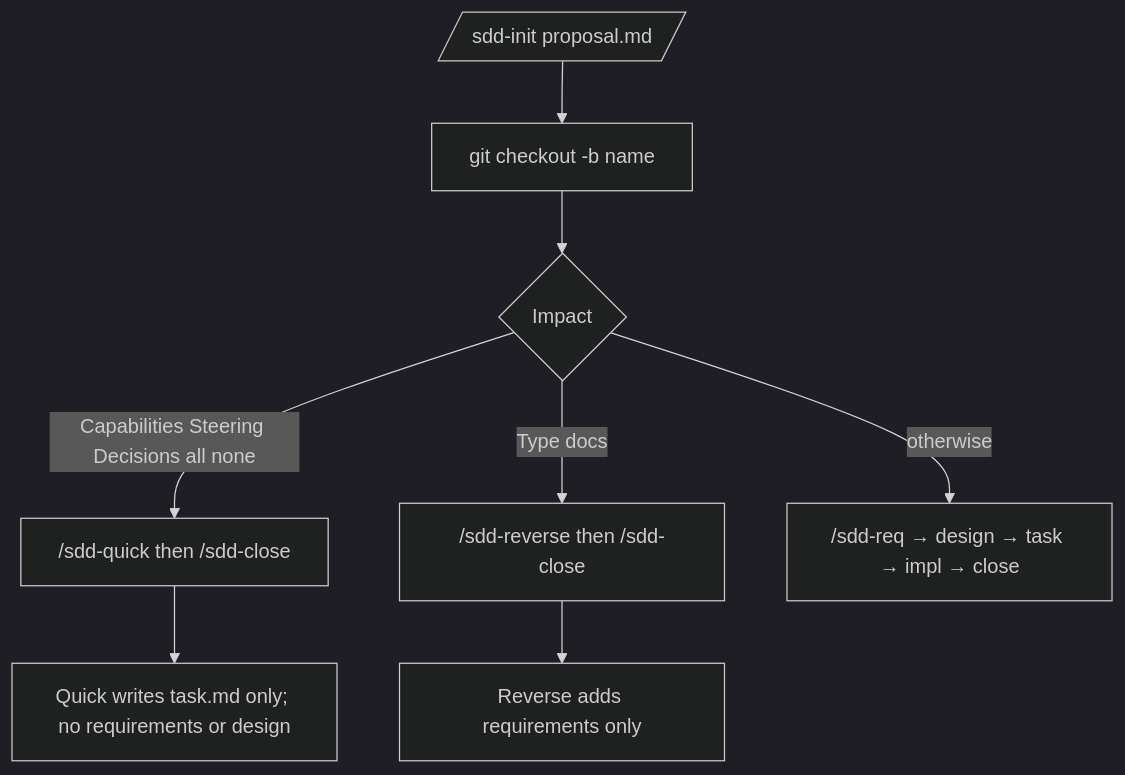
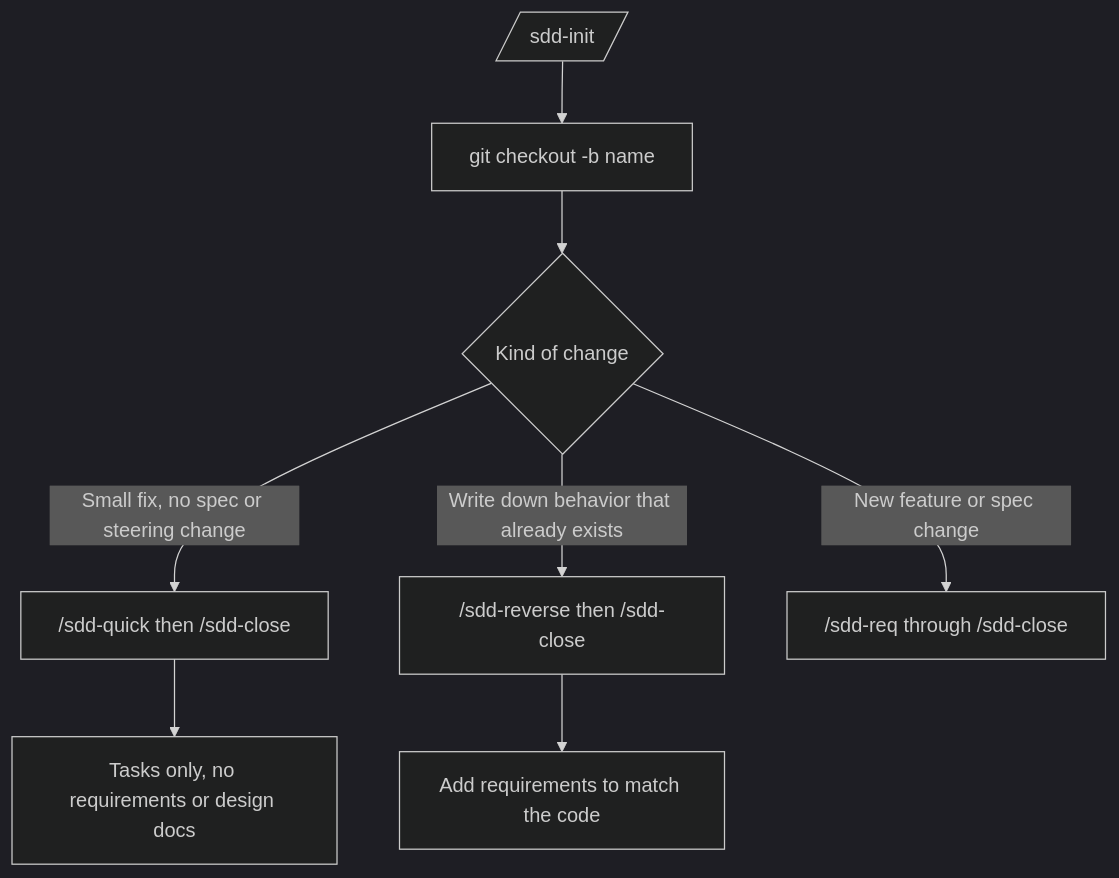
The first of 2 diagrams in README.md (paterapatera/sdd-orc), drawn with Mermaid (dark theme) before and after one commit. The commit also changed other lines of this file and 1 other file, not shown here.

Commit message:
docs: plain-language route selection in README diagrams

````diff
--- a/README.md
+++ b/README.md
@@ -81,10 +81,10 @@
 ```mermaid
 flowchart TD
-  init[/sdd-init proposal.md/] --> branch["git checkout -b name"]
-  branch --> route{Impact}
-  route -->|Capabilities Steering Decisions all none| quickPath["/sdd-quick then /sdd-close"]
-  route -->|Type docs| revPath["/sdd-reverse then /sdd-close"]
-  route -->|otherwise| fullPath["/sdd-req → design → task → impl → close"]
-  quickPath --> noteQuick["Quick writes task.md only; no requirements or design"]
-  revPath --> noteRev["Reverse adds requirements only"]
+  init[/sdd-init/] --> branch["git checkout -b name"]
+  branch --> route{Kind of change}
+  route -->|Small fix, no spec or steering change| quickPath["/sdd-quick then /sdd-close"]
+  route -->|Write down behavior that already exists| revPath["/sdd-reverse then /sdd-close"]
+  route -->|New feature or spec change| fullPath["/sdd-req through /sdd-close"]
+  quickPath --> noteQuick["Tasks only, no requirements or design docs"]
+  revPath --> noteRev["Add requirements to match the code"]
 ```
````
